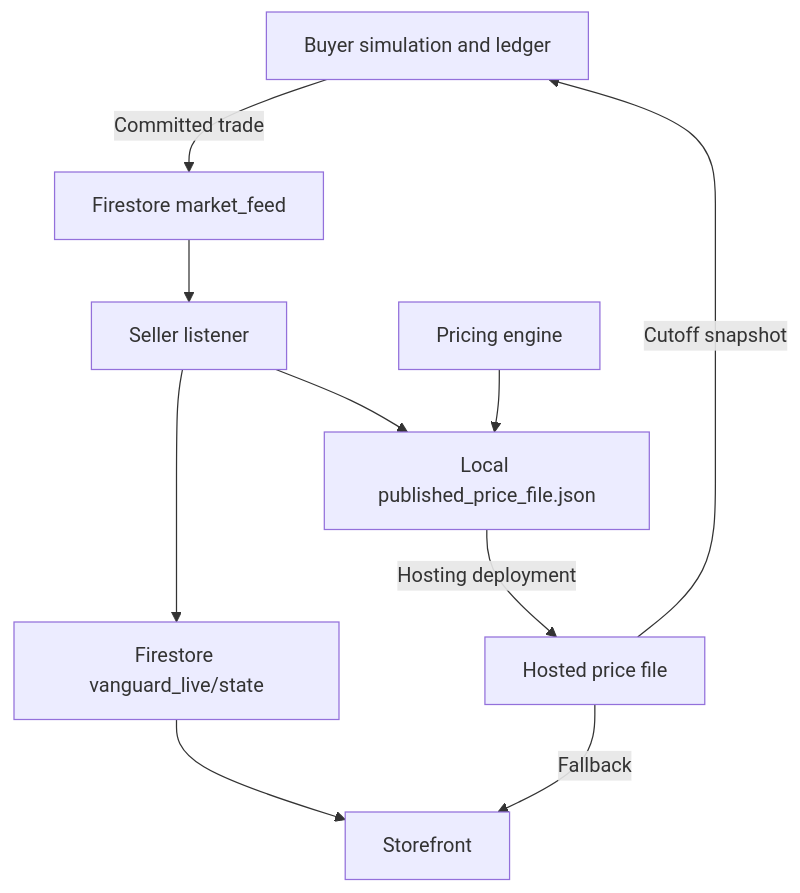
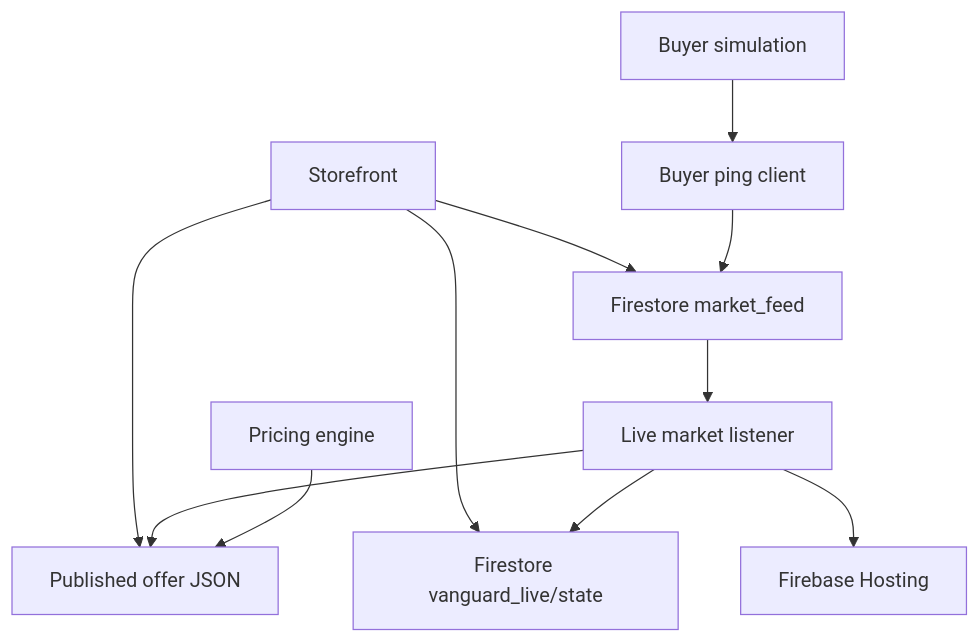
One commit to jxvoy23/CSC322-ToySoldier changed the diagram in README.md. Above: the diagram before and after it, drawn with Mermaid. The commit also changed other lines of this file, not shown here.

````diff
--- a/README.md
+++ b/README.md
@@ -33,12 +22,13 @@
 ```mermaid
 flowchart TD
-    Buyer["Buyer simulation and ledger"] -->|Committed trade| Feed["Firestore market_feed"]
-    Feed --> Listener["Seller listener"]
+    Engine["Pricing engine"] --> Offers["Published offer JSON"]
+    Buyer["Buyer simulation"] --> Client["Buyer ping client"]
+    Client --> Feed["Firestore market_feed"]
+    Feed --> Listener["Live market listener"]
     Listener --> State["Firestore vanguard_live/state"]
-    State --> Site["Storefront"]
-    Listener --> File["Local published_price_file.json"]
-    Engine["Pricing engine"] --> File
-    File -->|Hosting deployment| Hosted["Hosted price file"]
-    Hosted -->|Cutoff snapshot| Buyer
-    Hosted -->|Fallback| Site
+    Listener --> Offers
+    Listener --> Hosting["Firebase Hosting"]
+    Site["Storefront"] --> State
+    Site --> Feed
+    Site --> Offers
 ```
````
